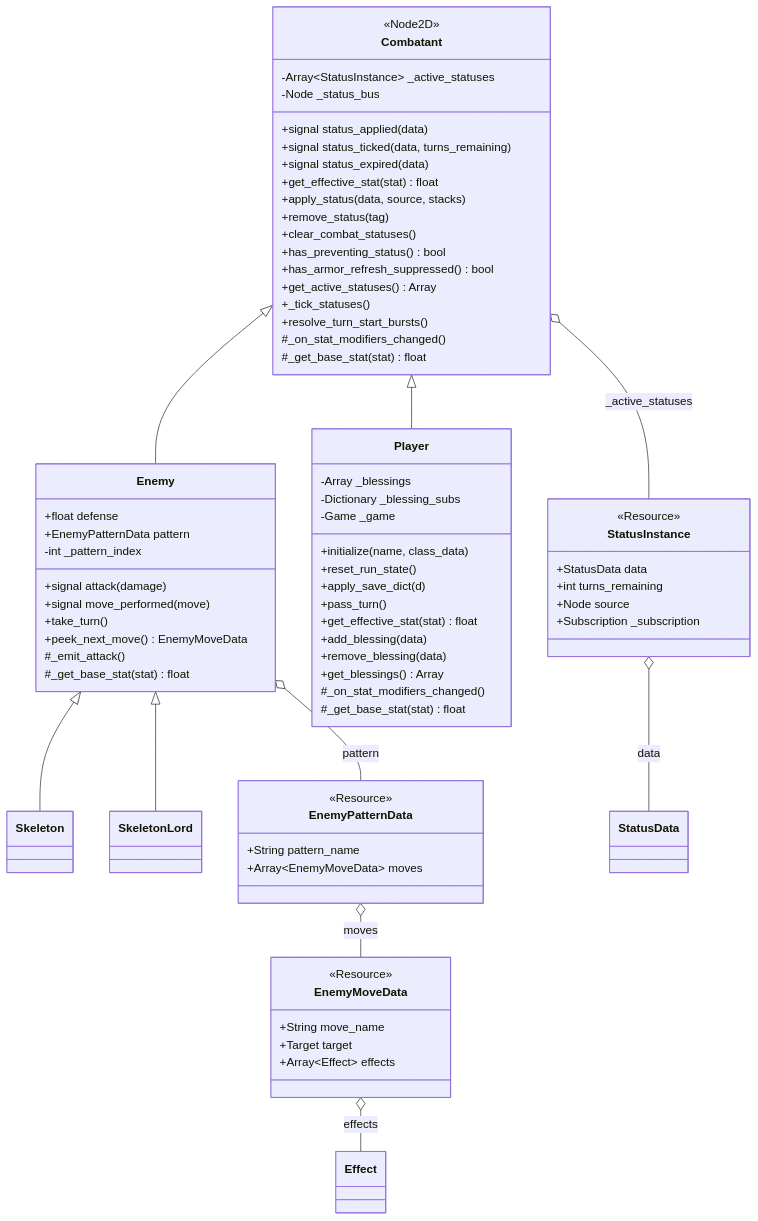
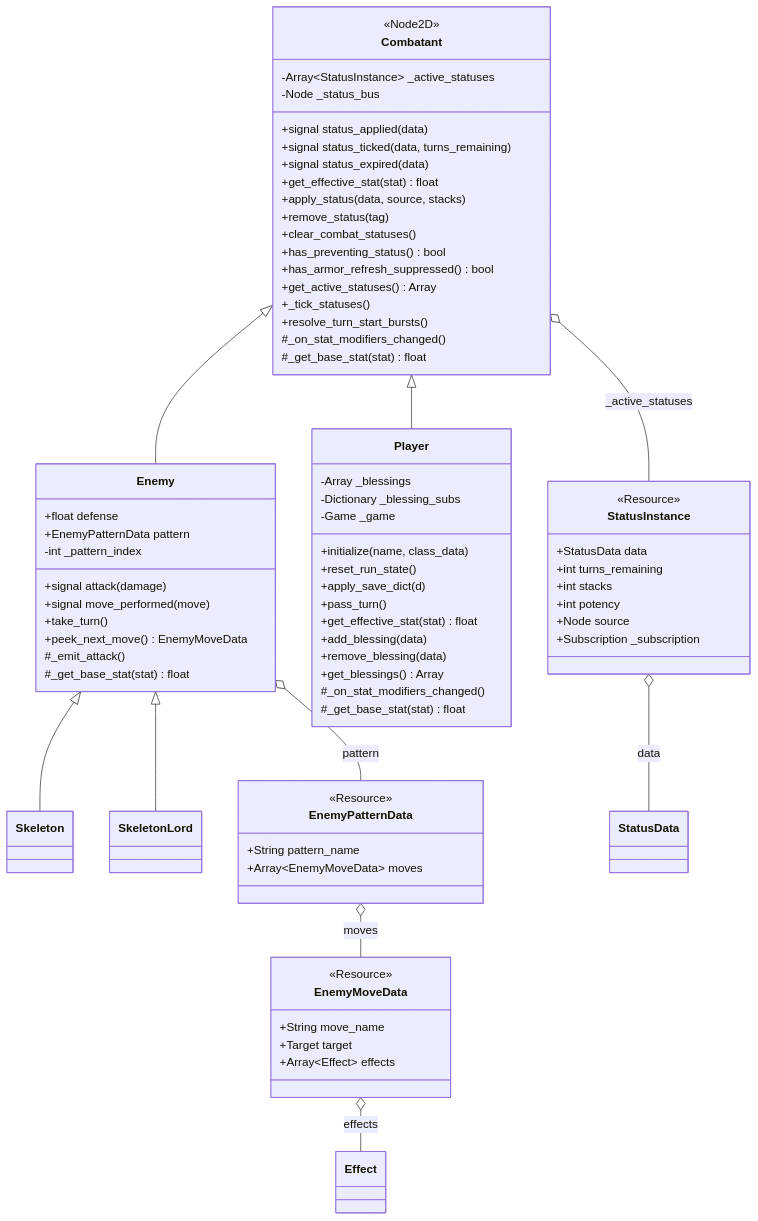
The fifth of 5 diagrams in journal/architecture.md (mjholder/crawler), drawn with Mermaid before and after one commit. The commit also changed other lines of this file and 41 other files, not shown here.

````diff
--- a/journal/architecture.md
+++ b/journal/architecture.md
@@ -570,80 +605,82 @@
 ```mermaid
 classDiagram
     class StatusInstance {
         <<Resource>>
         +StatusData data
         +int turns_remaining
+        +int stacks
+        +int potency
         +Node source
         +Subscription _subscription
     }
     class Combatant {
         <<Node2D>>
         +signal status_applied(data)
         +signal status_ticked(data, turns_remaining)
         +signal status_expired(data)
         -Array~StatusInstance~ _active_statuses
         -Node _status_bus
         +get_effective_stat(stat) float
         +apply_status(data, source, stacks)
         +remove_status(tag)
         +clear_combat_statuses()
         +has_preventing_status() bool
         +has_armor_refresh_suppressed() bool
         +get_active_statuses() Array
         +_tick_statuses()
         +resolve_turn_start_bursts()
         #_on_stat_modifiers_changed()
         #_get_base_stat(stat) float
     }
     class Player {
         +initialize(name, class_data)
         +reset_run_state()
         +apply_save_dict(d)
         +pass_turn()
         +get_effective_stat(stat) float
         +add_blessing(data)
         +remove_blessing(data)
         +get_blessings() Array
         -Array _blessings
         -Dictionary _blessing_subs
         -Game _game
         #_on_stat_modifiers_changed()
         #_get_base_stat(stat) float
     }
     class Enemy {
         +signal attack(damage)
         +signal move_performed(move)
         +float defense
         +EnemyPatternData pattern
         -int _pattern_index
         +take_turn()
         +peek_next_move() EnemyMoveData
         #_emit_attack()
         #_get_base_stat(stat) float
     }
     class Skeleton {
     }
     class SkeletonLord {
     }
     class EnemyPatternData {
         <<Resource>>
         +String pattern_name
         +Array~EnemyMoveData~ moves
     }
     class EnemyMoveData {
         <<Resource>>
         +String move_name
         +Target target
         +Array~Effect~ effects
     }
 
     Combatant o-- StatusInstance : _active_statuses
     StatusInstance o-- StatusData : data
     Combatant <|-- Player
     Combatant <|-- Enemy
     Enemy <|-- Skeleton
     Enemy <|-- SkeletonLord
     Enemy o-- EnemyPatternData : pattern
     EnemyPatternData o-- EnemyMoveData : moves
     EnemyMoveData o-- Effect : effects
 ```
````
